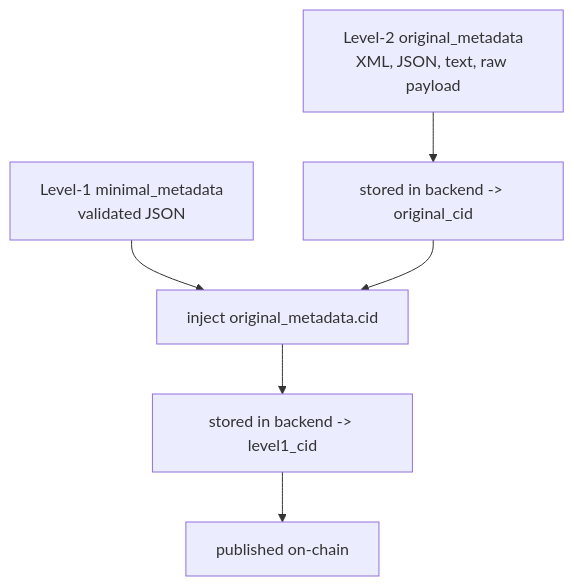
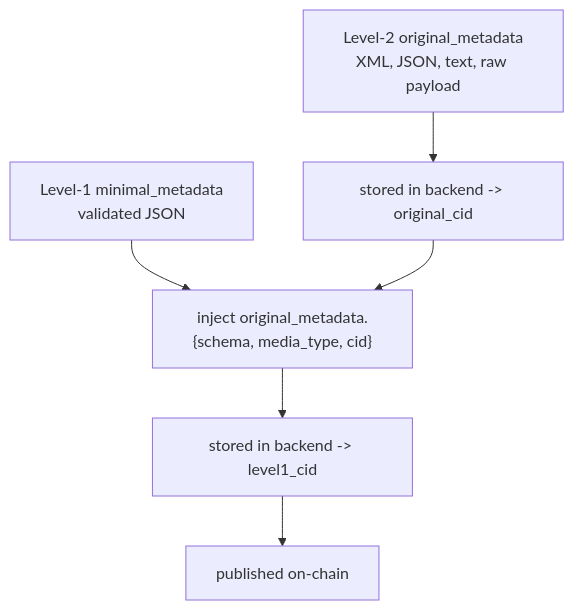
The eighth of 12 diagrams in README.md (LA-Referencia-IOI/dark-core-minter-api), drawn with Mermaid before and after one commit. The commit also changed other lines of this file and 12 other files, not shown here.

First line of the commit message:
Use store_api (port 8003) and add L1 media_type

````diff
--- a/README.md
+++ b/README.md
@@ -265,8 +265,8 @@
 ```mermaid
 flowchart TD
     L2["Level-2 original_metadata\nXML, JSON, text, raw payload"] --> CID2["stored in backend -> original_cid"]
-    L1["Level-1 minimal_metadata\nvalidated JSON"] --> EMBED["inject original_metadata.cid"]
+    L1["Level-1 minimal_metadata\nvalidated JSON"] --> EMBED["inject original_metadata.{schema, media_type, cid}"]
     CID2 --> EMBED
     EMBED --> CID1["stored in backend -> level1_cid"]
     CID1 --> CHAIN["published on-chain"]
 ```
````
